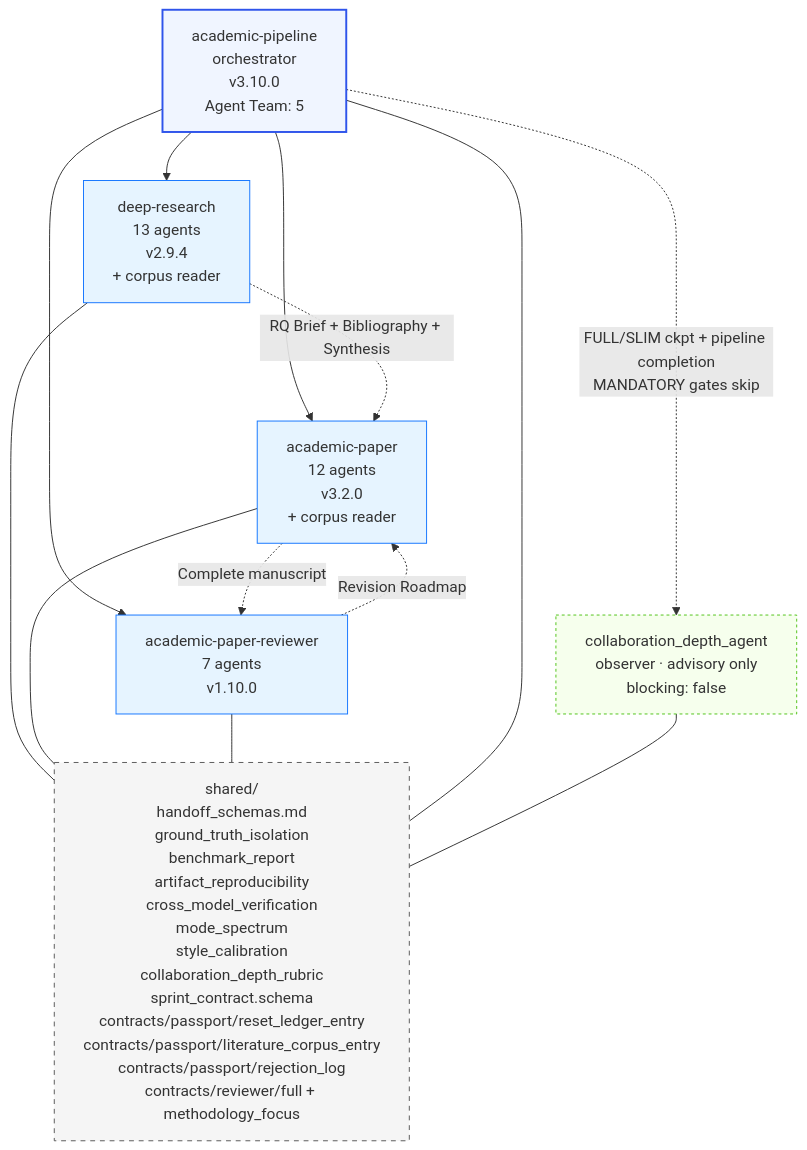
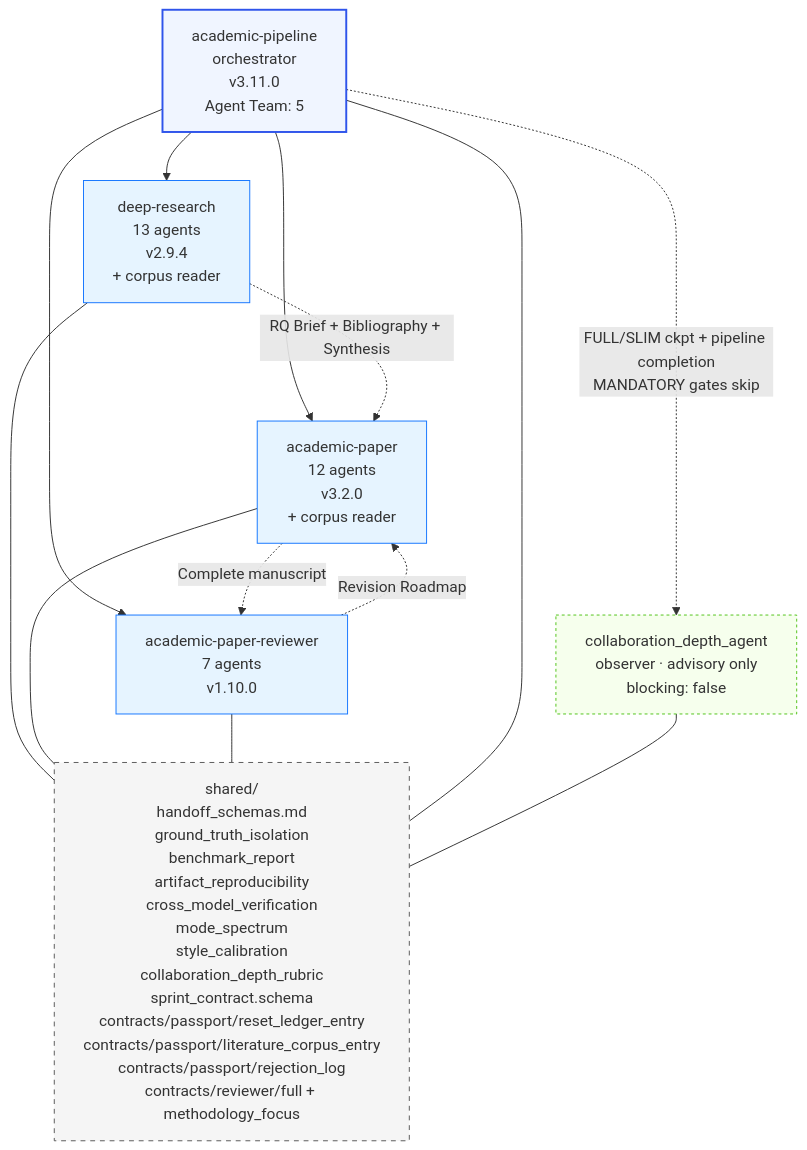
Before and after one commit to Imbad0202/academic-research-skills: the fourth of 5 diagrams in docs/ARCHITECTURE.md, drawn with Mermaid. The commit also changed other lines of this file and 13 other files, not shown here.

````diff
--- a/docs/ARCHITECTURE.md
+++ b/docs/ARCHITECTURE.md
@@ -201,31 +201,31 @@
 ```mermaid
 graph TD
-    Pipeline[academic-pipeline<br/>orchestrator<br/>v3.10.0<br/>Agent Team: 5]
+    Pipeline[academic-pipeline<br/>orchestrator<br/>v3.11.0<br/>Agent Team: 5]
     Observer[collaboration_depth_agent<br/>observer · advisory only<br/>blocking: false]
     DR[deep-research<br/>13 agents<br/>v2.9.4<br/>+ corpus reader]
     AP[academic-paper<br/>12 agents<br/>v3.2.0<br/>+ corpus reader]
     APR[academic-paper-reviewer<br/>7 agents<br/>v1.10.0]
     Shared[shared/<br/>handoff_schemas.md<br/>ground_truth_isolation<br/>benchmark_report<br/>artifact_reproducibility<br/>cross_model_verification<br/>mode_spectrum<br/>style_calibration<br/>collaboration_depth_rubric<br/>sprint_contract.schema<br/>contracts/passport/reset_ledger_entry<br/>contracts/passport/literature_corpus_entry<br/>contracts/passport/rejection_log<br/>contracts/reviewer/full + methodology_focus]
 
     Pipeline --> DR
     Pipeline --> AP
     Pipeline --> APR
     Pipeline -. "FULL/SLIM ckpt + pipeline completion<br/>MANDATORY gates skip" .-> Observer
     DR -. "RQ Brief + Bibliography + Synthesis" .-> AP
     AP -. "Complete manuscript" .-> APR
     APR -. "Revision Roadmap" .-> AP
     DR --- Shared
     AP --- Shared
     APR --- Shared
     Pipeline --- Shared
     Observer --- Shared
 
     classDef orch fill:#f0f5ff,stroke:#2f54eb,stroke-width:2px
     classDef skill fill:#e6f4ff,stroke:#1677ff
     classDef shared fill:#f5f5f5,stroke:#595959,stroke-dasharray:5 5
     classDef observer fill:#f6ffed,stroke:#52c41a,stroke-dasharray:3 3
     class Pipeline orch
     class DR,AP,APR skill
     class Shared shared
     class Observer observer
 ```
````
